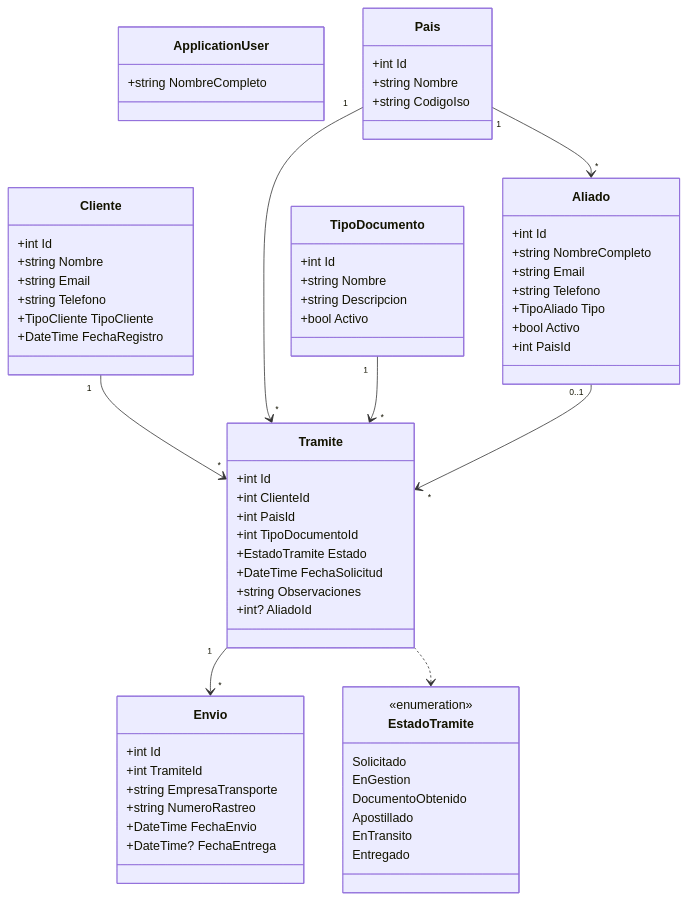
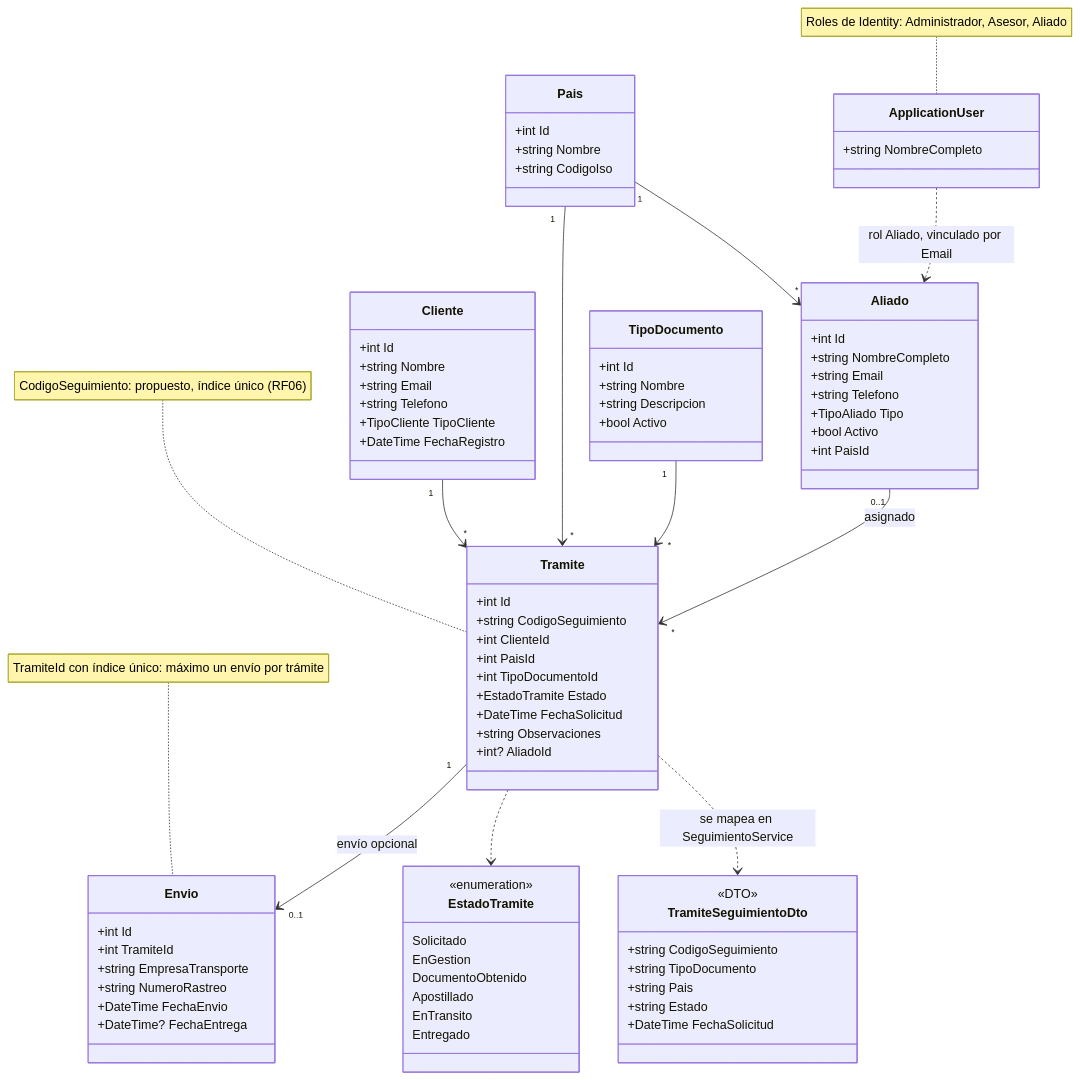
Before and after one commit to Androx2000/AliadaLegal-DAS901: the fifth of 5 diagrams in docs/arquitectura/diagrama-mvc.md, drawn with Mermaid. The commit also changed other lines of this file and 1 other file, not shown here.

Commit message:
Corrige arquitectura: capas Servicios/Repositorios y envío opcional por trámite

````diff
--- a/docs/arquitectura/diagrama-mvc.md
+++ b/docs/arquitectura/diagrama-mvc.md
@@ -76,6 +164,7 @@
     }
     class Tramite {
         +int Id
+        +string CodigoSeguimiento
         +int ClienteId
         +int PaisId
         +int TipoDocumentoId
@@ -101,12 +190,25 @@
         EnTransito
         Entregado
     }
+    class TramiteSeguimientoDto {
+        <<DTO>>
+        +string CodigoSeguimiento
+        +string TipoDocumento
+        +string Pais
+        +string Estado
+        +DateTime FechaSolicitud
+    }
 
     Cliente "1" --> "*" Tramite
     Pais "1" --> "*" Tramite
     Pais "1" --> "*" Aliado
     TipoDocumento "1" --> "*" Tramite
-    Aliado "0..1" --> "*" Tramite
-    Tramite "1" --> "*" Envio
+    Aliado "0..1" --> "*" Tramite : asignado
+    Tramite "1" --> "0..1" Envio : envío opcional
     Tramite ..> EstadoTramite
+    Tramite ..> TramiteSeguimientoDto : se mapea en SeguimientoService
+    ApplicationUser ..> Aliado : rol Aliado, vinculado por Email
+    note for ApplicationUser "Roles de Identity: Administrador, Asesor, Aliado"
+    note for Tramite "CodigoSeguimiento: propuesto, índice único (RF06)"
+    note for Envio "TramiteId con índice único: máximo un envío por trámite"
 ```
````
